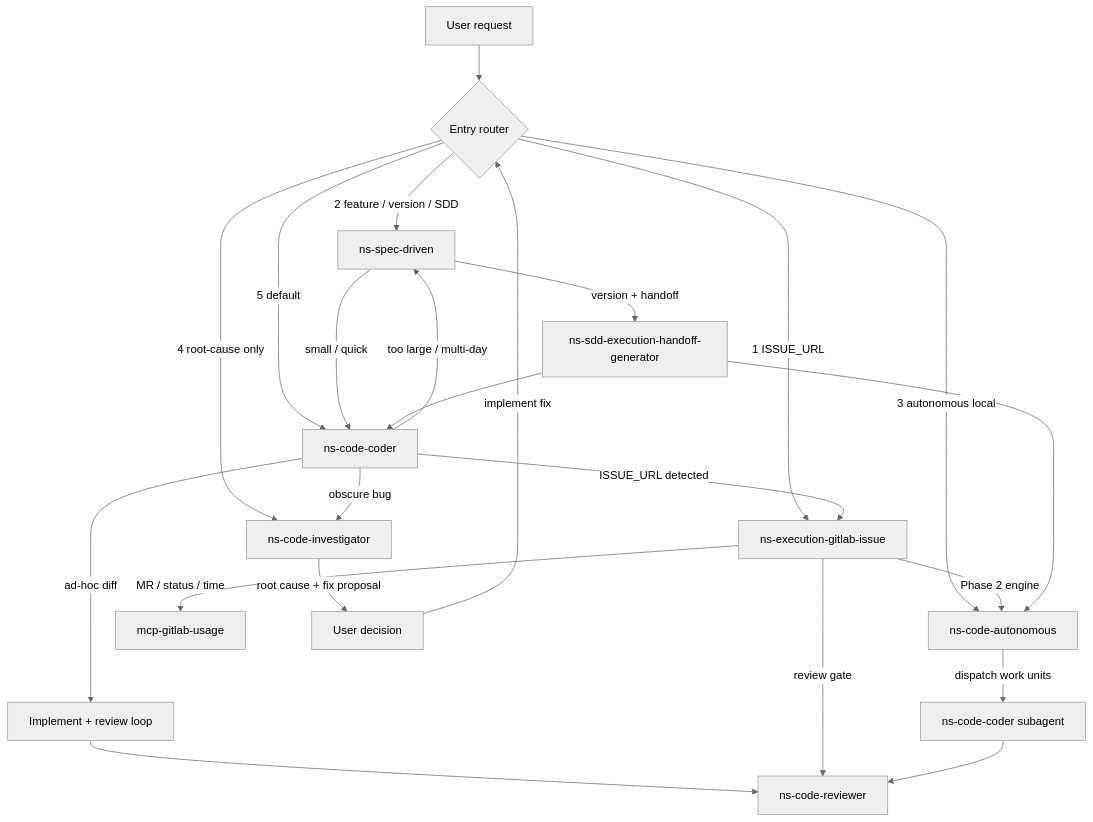
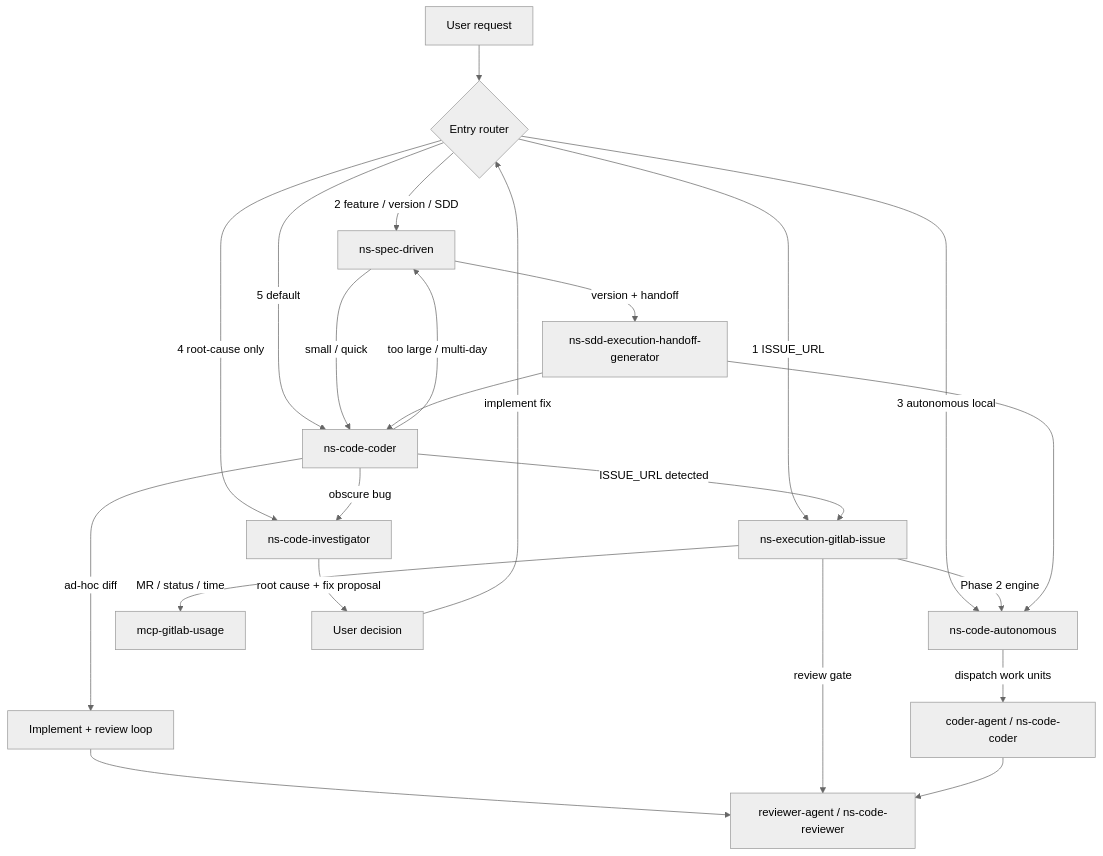
Before and after one commit to nextstage-brasil/skills: the diagram in skills/ns-harness/references/code-skill-routing.md, drawn with Mermaid (neutral theme). The commit also changed other lines of this file and 24 other files, not shown here.

Commit message:
feat: update subagent configuration and documentation in harness; set default models for coder-agent, reviewer-agent, and task-writer-agent; update skill documentation to include reviewer-agent and coder-agent bridges

````diff
--- a/skills/ns-harness/references/code-skill-routing.md
+++ b/skills/ns-harness/references/code-skill-routing.md
@@ -101,31 +102,31 @@
 ```mermaid
 flowchart TD
   U[User request] --> R{Entry router}
 
   R -->|"1 ISSUE_URL"| G[ns-execution-gitlab-issue]
   R -->|"2 feature / version / SDD"| S[ns-spec-driven]
   R -->|"3 autonomous local"| A[ns-code-autonomous]
   R -->|"4 root-cause only"| I[ns-code-investigator]
   R -->|"5 default"| C[ns-code-coder]
 
   C -->|ISSUE_URL detected| G
   C -->|too large / multi-day| S
   C -->|obscure bug| I
   C -->|ad-hoc diff| IMPL[Implement + review loop]
-  IMPL --> REV[ns-code-reviewer]
+  IMPL --> REV[reviewer-agent / ns-code-reviewer]
 
   G -->|Phase 2 engine| A
   G -->|MR / status / time| GL[mcp-gitlab-usage]
   G -->|review gate| REV
 
-  A -->|dispatch work units| C2[ns-code-coder subagent]
+  A -->|dispatch work units| C2[coder-agent / ns-code-coder]
   C2 --> REV
 
   S -->|small / quick| C
   S -->|version + handoff| H[ns-sdd-execution-handoff-generator]
   H --> C
   H --> A
 
   I -->|root cause + fix proposal| U2[User decision]
   U2 -->|implement fix| R
 ```
````
